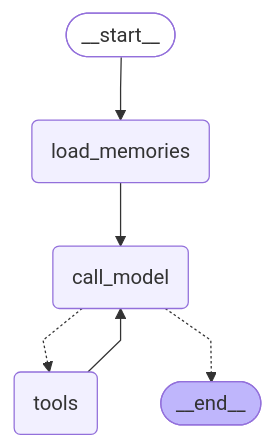
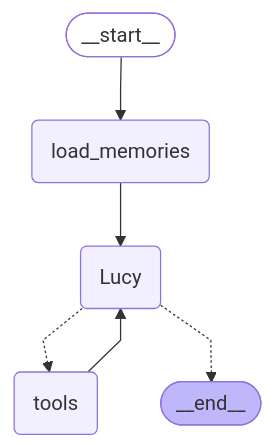
The diagram in readme.md (JakubSzwajka/lucy-python), drawn with Mermaid before and after one commit. The commit also changed 17 other files, not shown here.

````diff
--- a/readme.md
+++ b/readme.md
@@ -1,17 +1,18 @@
 ```mermaid
 %%{init: {'flowchart': {'curve': 'linear'}}}%%
 graph TD;
 	__start__([<p>__start__</p>]):::first
 	load_memories(load_memories)
-	call_model(call_model)
+	Lucy(Lucy)
 	tools(tools)
 	__end__([<p>__end__</p>]):::last
 	__start__ --> load_memories;
-	load_memories --> call_model;
-	tools --> call_model;
-	call_model -.-> tools;
-	call_model -.-> __end__;
+	load_memories --> Lucy;
+	tools --> Lucy;
+	Lucy -.-> tools;
+	Lucy -.-> __end__;
 	classDef default fill:#f2f0ff,line-height:1.2
 	classDef first fill-opacity:0
 	classDef last fill:#bfb6fc
+
 ```
````
